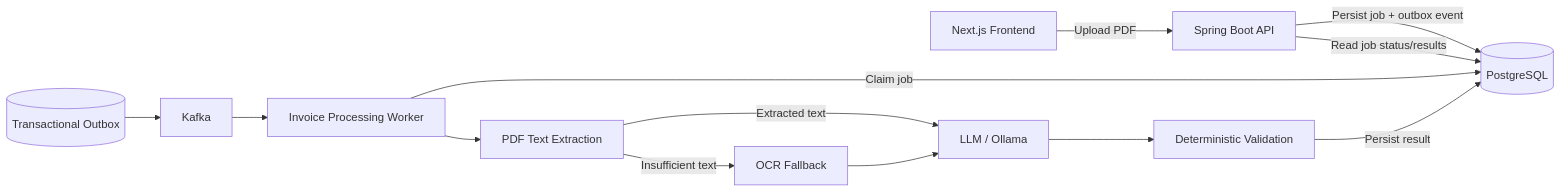
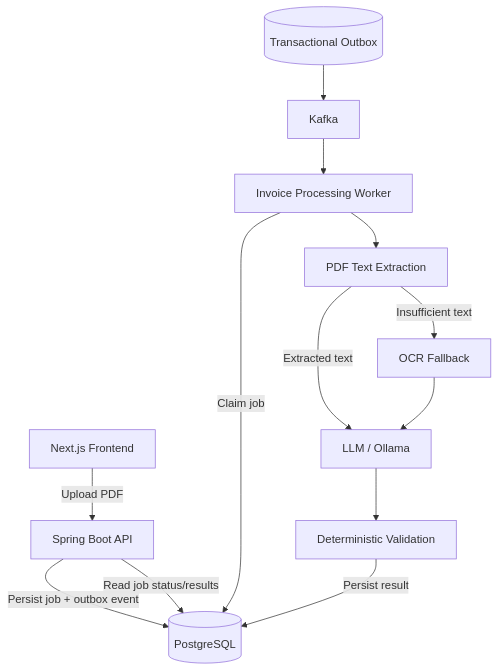
Before and after one commit to jaspi-lalbuat/invoice-intelligence: the first of 2 diagrams in README.md, drawn with Mermaid.

````diff
--- a/README.md
+++ b/README.md
@@ -68,28 +68,28 @@
 ```mermaid
-flowchart LR
+flowchart TB
     UI[Next.js Frontend]
     API[Spring Boot API]
     DB[(PostgreSQL)]
     OUTBOX[(Transactional Outbox)]
     KAFKA[Kafka]
     WORKER[Invoice Processing Worker]
     PDF[PDF Text Extraction]
     OCR[OCR Fallback]
     LLM[LLM / Ollama]
     VALIDATE[Deterministic Validation]
 
     UI -->|Upload PDF| API
     API -->|Persist job + outbox event| DB
     API -->|Read job status/results| DB
 
     OUTBOX --> KAFKA
     KAFKA --> WORKER
 
     WORKER -->|Claim job| DB
     WORKER --> PDF
     PDF -->|Insufficient text| OCR
     PDF -->|Extracted text| LLM
     OCR --> LLM
     LLM --> VALIDATE
     VALIDATE -->|Persist result| DB
 ```
````
